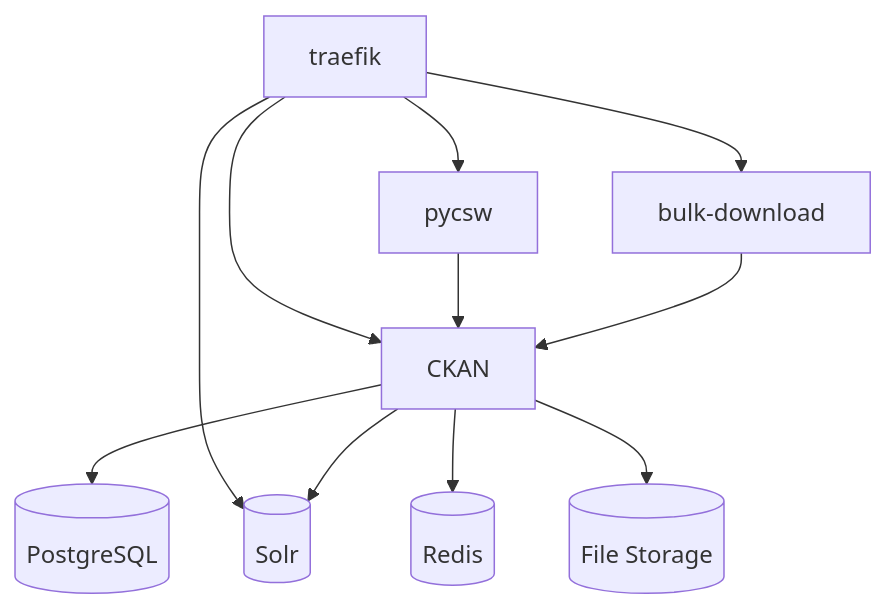
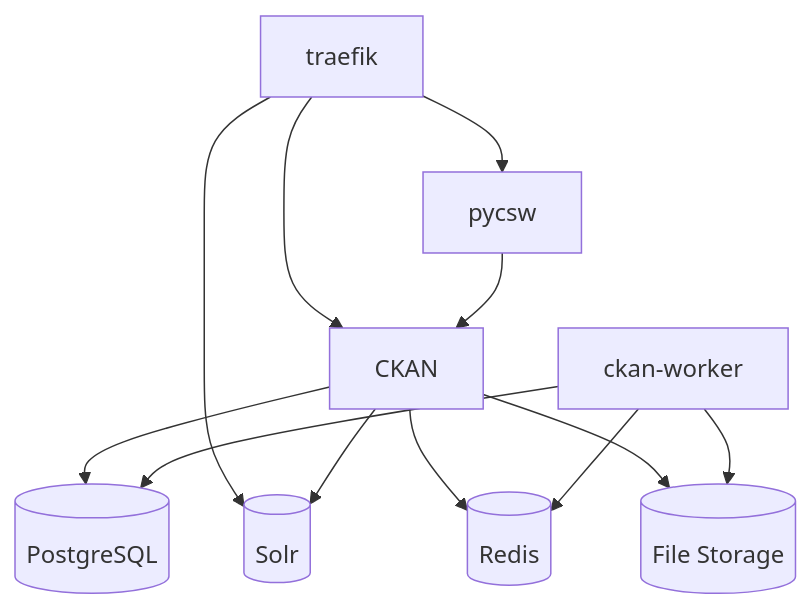
Before and after one commit to COATnor/datacatalog: the diagram in README.md, drawn with Mermaid. The commit also changed other lines of this file and 19 other files, not shown here.

````diff
--- a/README.md
+++ b/README.md
@@ -23,15 +23,17 @@
 ```mermaid
 flowchart TB
     traefik["traefik"] --> ckan["CKAN"]
     traefik --> pycsw["pycsw"]
-    traefik --> bulk["bulk-download"]
     traefik --> solr[("Solr")]
 
     pycsw --> ckan
-    bulk --> ckan
 
     ckan --> db[("PostgreSQL")]
     ckan --> solr
     ckan --> redis[("Redis")]
     ckan --> storage[("File Storage")]
+
+    worker["ckan-worker"] --> redis
+    worker --> db
+    worker --> storage
 ```
````
